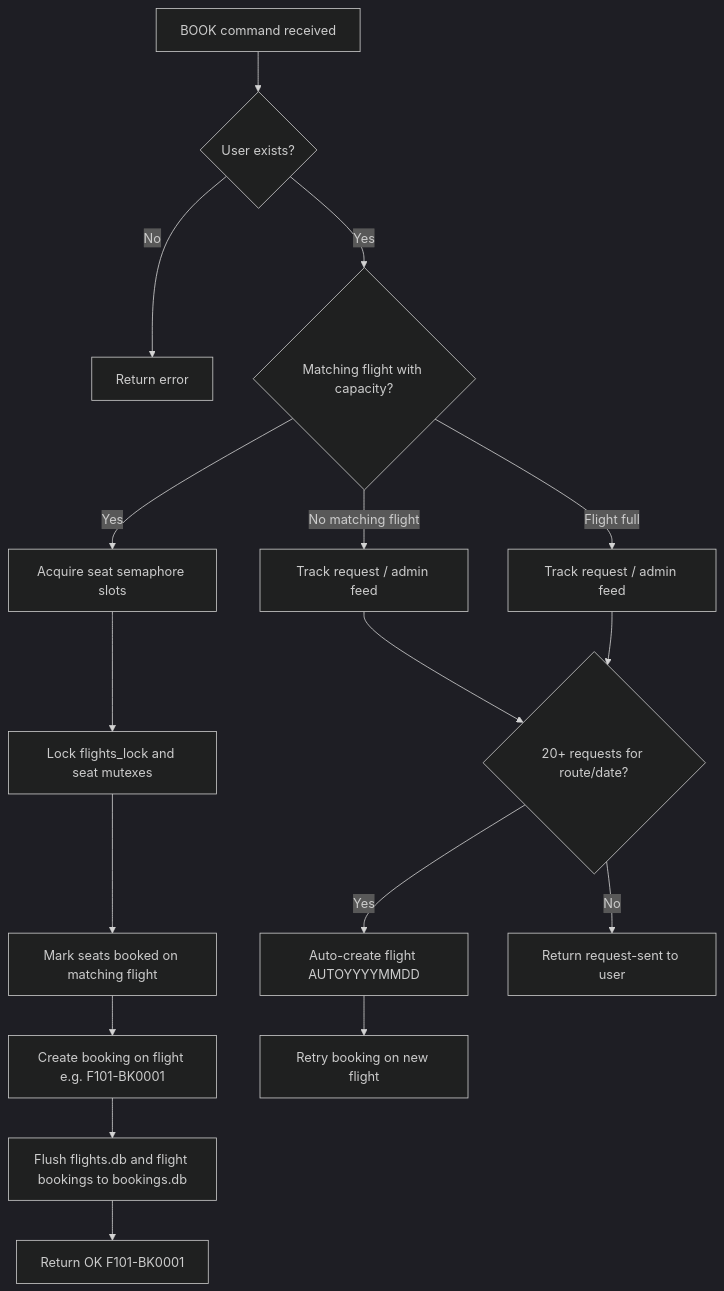
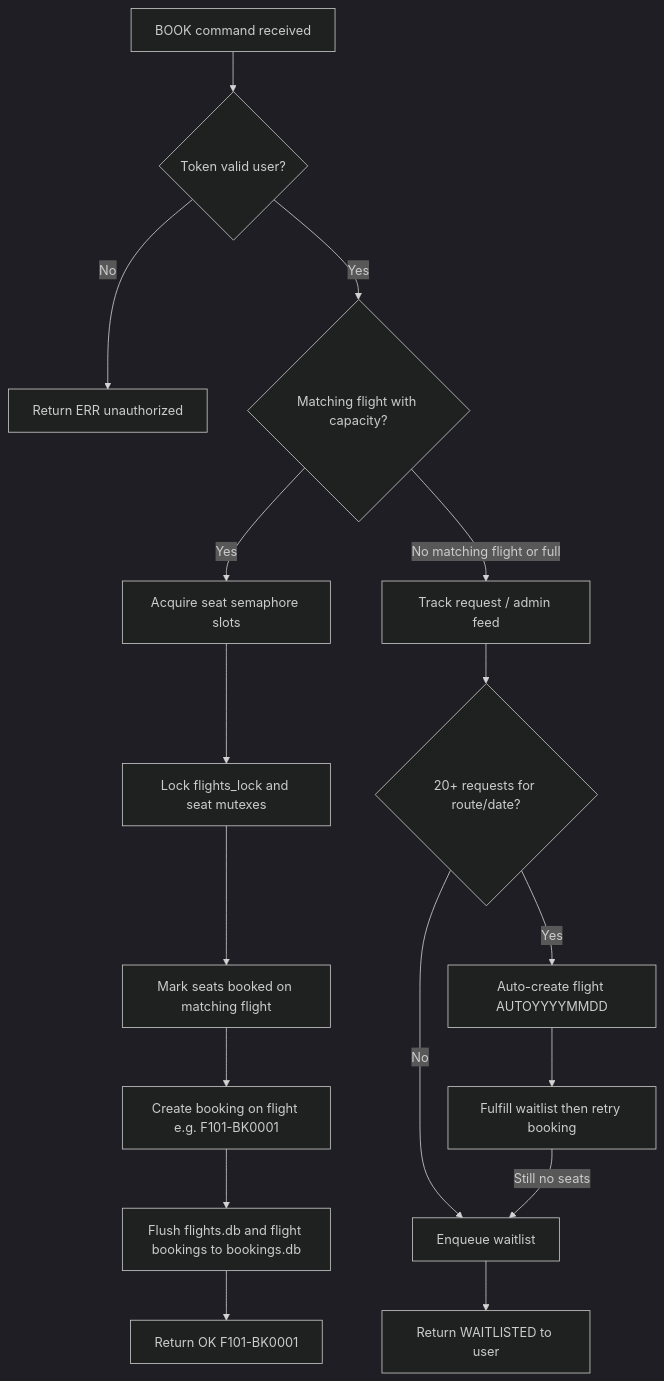
One commit to GouravN97/Flight_Booking_System changed the second of 2 diagrams in README.md. Above: the diagram before and after it, drawn with Mermaid (dark theme). The commit also changed other lines of this file and 41 other files, not shown here.

````diff
--- a/README.md
+++ b/README.md
@@ -253,19 +271,19 @@
 ```mermaid
 flowchart TD
-    A[BOOK command received] --> B{User exists?}
-    B -->|No| Z[Return error]
-    B -->|Yes| C{Matching flight with capacity?}
+    A[BOOK command received] --> T{Token valid user?}
+    T -->|No| Z[Return ERR unauthorized]
+    T -->|Yes| C{Matching flight with capacity?}
     C -->|Yes| D[Acquire seat semaphore slots]
     D --> E[Lock flights_lock and seat mutexes]
     E --> F[Mark seats booked on matching flight]
     F --> G[Create booking on flight e.g. F101-BK0001]
     G --> H[Flush flights.db and flight bookings to bookings.db]
     H --> I[Return OK F101-BK0001]
-    C -->|No matching flight| J[Track request / admin feed]
-    C -->|Flight full| K[Track request / admin feed]
+    C -->|No matching flight or full| J[Track request / admin feed]
     J --> L{20+ requests for route/date?}
-    K --> L
     L -->|Yes| M[Auto-create flight AUTOYYYYMMDD]
-    M --> N[Retry booking on new flight]
-    L -->|No| O[Return request-sent to user]
+    M --> N[Fulfill waitlist then retry booking]
+    L -->|No| O[Enqueue waitlist]
+    N -->|Still no seats| O
+    O --> P[Return WAITLISTED to user]
 ```
````
